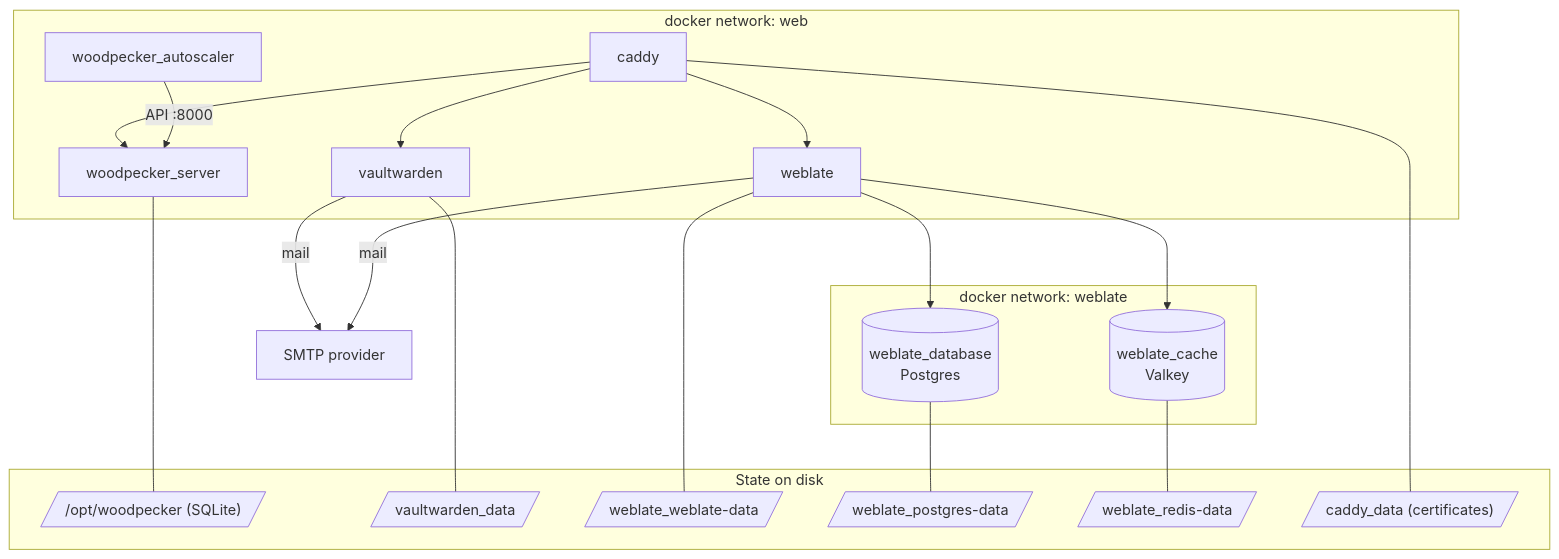
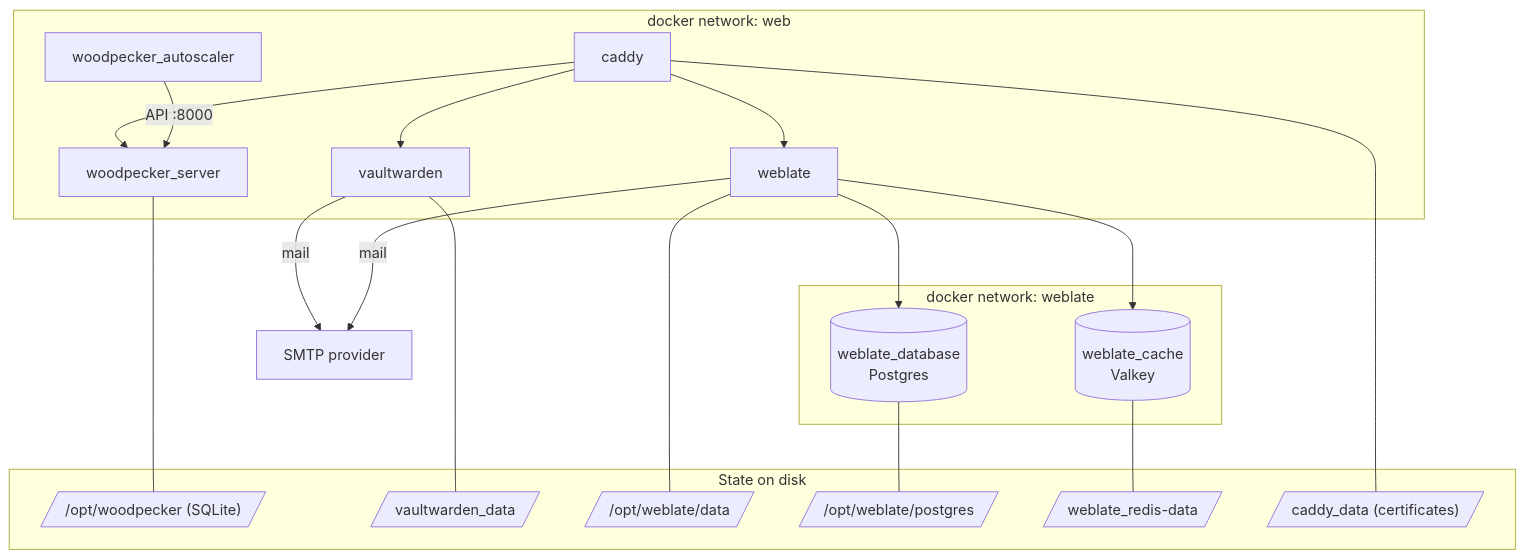
One commit to woodpecker-ci/infrastructure changed the second of 4 diagrams in overview.md. Above: the diagram before and after it, drawn with Mermaid. The commit also changed 1 other file, not shown here.

Commit message:
chore(deps): update docker.io/postgres docker tag to v19 (#568)

````diff
--- a/overview.md
+++ b/overview.md
@@ -64,39 +64,39 @@
 ```mermaid
 flowchart TB
   subgraph web[docker network: web]
     caddy[caddy]
     wp[woodpecker_server]
     as[woodpecker_autoscaler]
     vw[vaultwarden]
     wl[weblate]
   end
 
   subgraph weblate[docker network: weblate]
     pg[(weblate_database<br/>Postgres)]
     vk[(weblate_cache<br/>Valkey)]
   end
 
   subgraph state[State on disk]
     d1[/"/opt/woodpecker (SQLite)"/]
     d2[/vaultwarden_data/]
-    d3[/weblate_weblate-data/]
-    d4[/weblate_postgres-data/]
+    d3[/"/opt/weblate/data"/]
+    d4[/"/opt/weblate/postgres"/]
     d5[/weblate_redis-data/]
     d6[/"caddy_data (certificates)"/]
   end
 
   caddy --> wp & vw & wl
   as -->|API :8000| wp
   wl --> pg & vk
 
   wp --- d1
   vw --- d2
   wl --- d3
   pg --- d4
   vk --- d5
   caddy --- d6
 
   smtp[SMTP provider]
   vw -->|mail| smtp
   wl -->|mail| smtp
 ```
````
